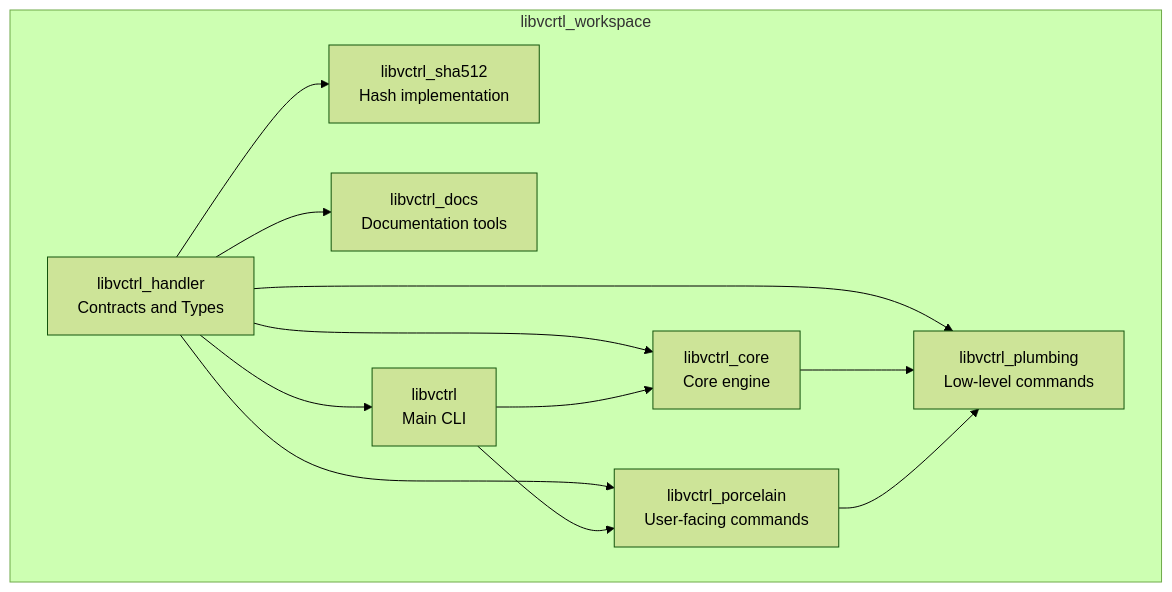
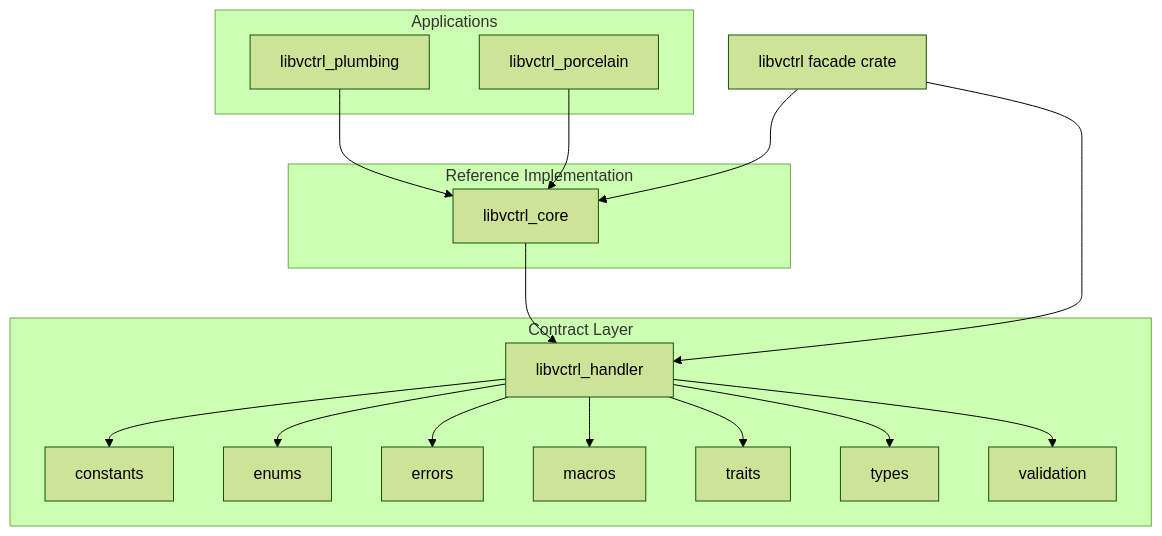
Before and after one commit to mroczect/libvctrl: the first of 2 diagrams in libvctrl_handler/README.md, drawn with Mermaid (forest theme). The commit also changed other lines of this file and 86 other files, not shown here.

First line of the commit message:
feat: harden workspace lints, eliminate all panicking patterns, expand documentation, and bump crate versions to v3/v5 (#322)

````diff
--- a/libvctrl_handler/README.md
+++ b/libvctrl_handler/README.md
@@ -72,23 +37,29 @@
 ```mermaid
 graph TD
-    subgraph libvcrtl_workspace
-        HANDLER[libvctrl_handler<br/>Contracts and Types]
-        CORE[libvctrl_core<br/>Core engine]
-        PLUMBING[libvctrl_plumbing<br/>Low-level commands]
-        PORCELAIN[libvctrl_porcelain<br/>User-facing commands]
-        SHA512[libvctrl_sha512<br/>Hash implementation]
-        DOCS[libvctrl_docs<br/>Documentation tools]
-        LIBVCTRL[libvctrl<br/>Main CLI]
+    subgraph Contract Layer
+        H[libvctrl_handler]
+        H --> C[constants]
+        H --> E[enums]
+        H --> ER[errors]
+        H --> M[macros]
+        H --> T[traits]
+        H --> TY[types]
+        H --> V[validation]
     end
 
-    HANDLER --> CORE
-    HANDLER --> PLUMBING
-    HANDLER --> PORCELAIN
-    HANDLER --> SHA512
-    HANDLER --> DOCS
-    HANDLER --> LIBVCTRL
-    CORE --> PLUMBING
-    PORCELAIN --> PLUMBING
-    LIBVCTRL --> PORCELAIN
-    LIBVCTRL --> CORE
+    subgraph Reference Implementation
+        CORE[libvctrl_core]
+        CORE --> H
+    end
+
+    subgraph Applications
+        PL[libvctrl_plumbing]
+        PO[libvctrl_porcelain]
+        PL --> CORE
+        PO --> CORE
+    end
+
+    FACADE[libvctrl facade crate]
+    FACADE --> H
+    FACADE --> CORE
 ```
````
